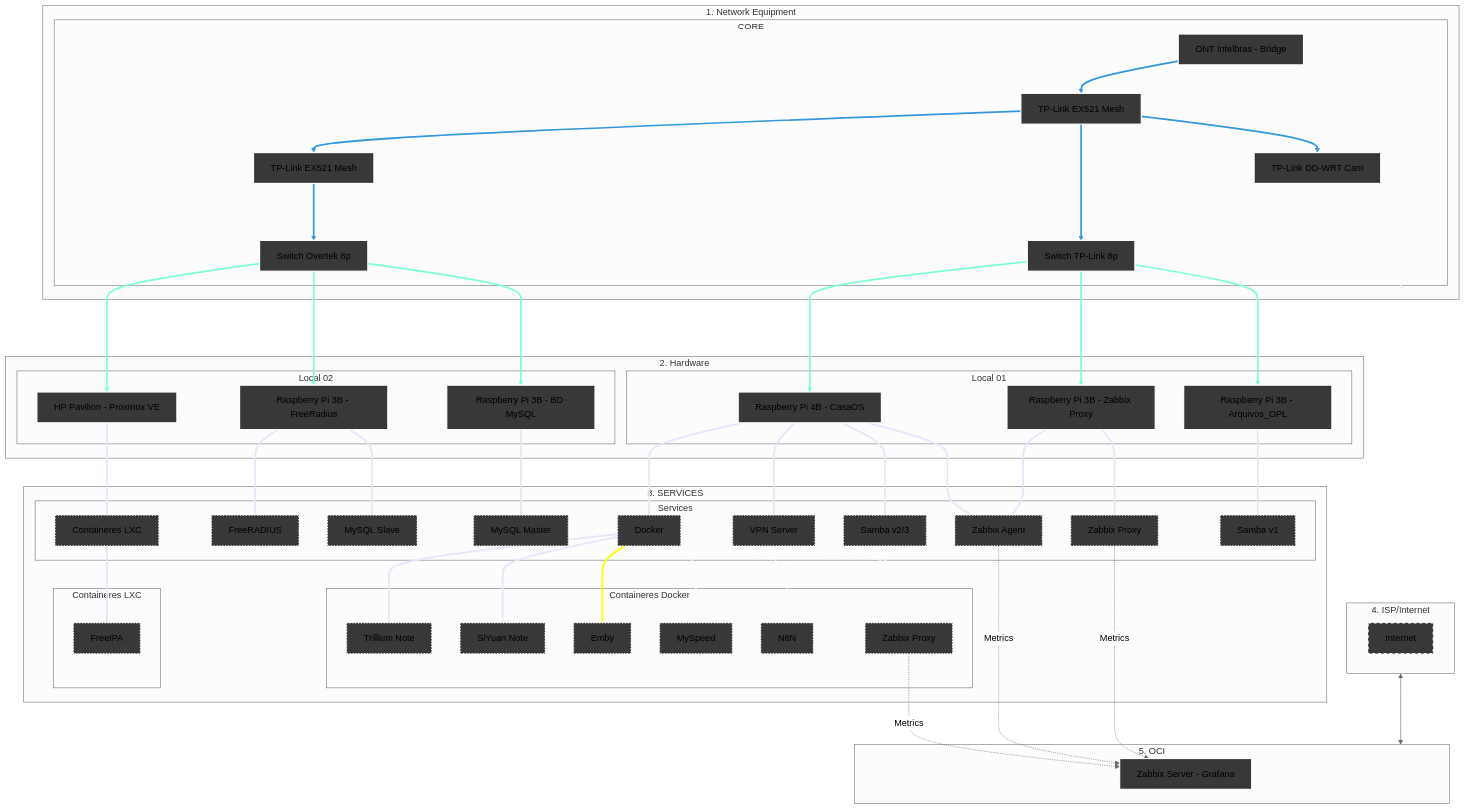
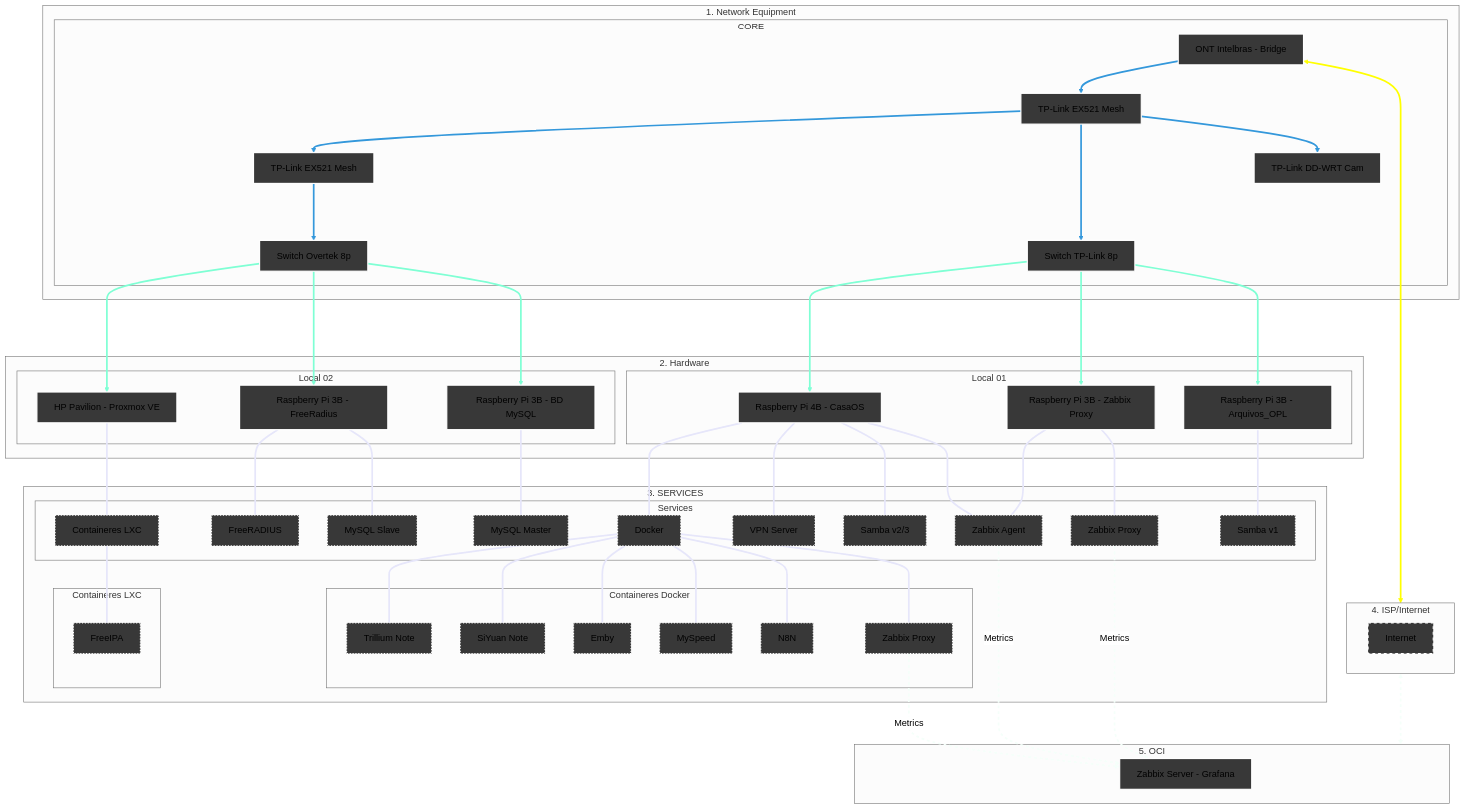
Before and after one commit to kevindexter22/Dr-Hardware-Autonet: the diagram in Infrastructure/README.md, drawn with Mermaid (neutral theme).

Commit message:
Update link styles in Infrastructure README

````diff
--- a/Infrastructure/README.md
+++ b/Infrastructure/README.md
@@ -95,8 +95,8 @@
     
     linkStyle 0,1,2,3,4 stroke:#3498db,stroke-width:3px;
     linkStyle 5,6,7,8,9,10 stroke:#7FFFD4,stroke-width:3px;
-    linkStyle 11,12,13,14,15,16,17,18,19,20,21,22,23,24 stroke:#E6E6FA,stroke-width:3px;
-    linkStyle 25 stroke:#FFFF00,stroke-width:3px;
-    linkStyle 26,27,28,29 stroke:#F5FFFA,stroke-width:3px,stroke-dasharray: 5 5;
+    linkStyle 11,12,13,14,15,16,17,18,19,20,21,22,23,24,25,26,27,28 stroke:#E6E6FA,stroke-width:3px;
+    linkStyle 29 stroke:#FFFF00,stroke-width:3px;
+    linkStyle 30,31,32,33 stroke:#F5FFFA,stroke-width:3px,stroke-dasharray: 5 5;
 
 ```
````
